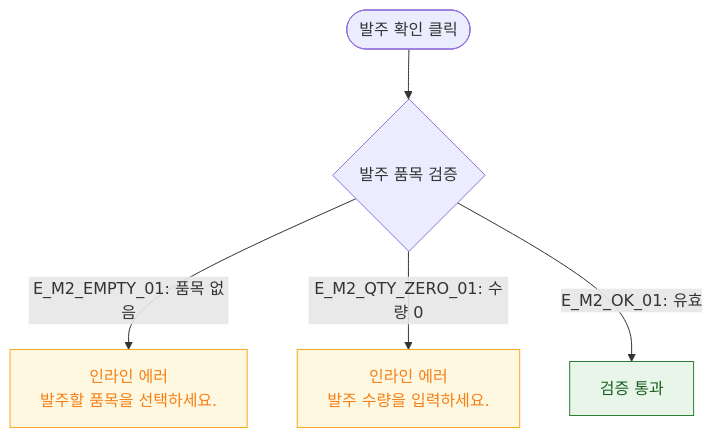
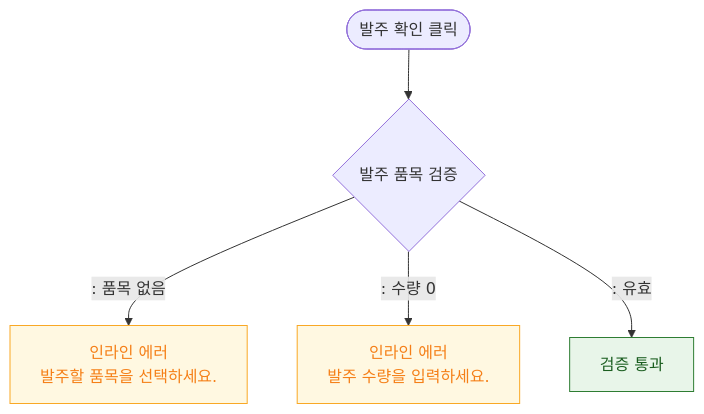
Before and after one commit to dev-spogym/admin-pando: the diagram in docs/다이어그램/D06_시설관리/DLG/DLG-057-003_발주생성/M2_필드검증.md, drawn with Mermaid. The commit also changed other lines of this file and 1660 other files, not shown here.

First line of the commit message:
다이어그램: 기획자/클라이언트 납품본으로 정리

````diff
--- a/docs/다이어그램/D06_시설관리/DLG/DLG-057-003_발주생성/M2_필드검증.md
+++ b/docs/다이어그램/D06_시설관리/DLG/DLG-057-003_발주생성/M2_필드검증.md
@@ -16,12 +14,12 @@
 ```mermaid
 flowchart TD
     SUBMIT([발주 확인 클릭]) --> V1{발주 품목 검증}
-    V1 -->|"E_M2_EMPTY_01: 품목 없음"| ErrEmpty[인라인 에러\n발주할 품목을 선택하세요.]
-    V1 -->|"E_M2_QTY_ZERO_01: 수량 0"| ErrQty[인라인 에러\n발주 수량을 입력하세요.]
-    V1 -->|"E_M2_OK_01: 유효"| PASS[검증 통과]
+    V1 -->|": 품목 없음"|ErrEmpty[인라인 에러\n발주할 품목을 선택하세요.]
+    V1 -->|": 수량 0"|ErrQty[인라인 에러\n발주 수량을 입력하세요.]
+    V1 -->|": 유효"|PASS[검증 통과]
 
     classDef warning fill:#FFF8E1,stroke:#F9A825,color:#F57F17
     classDef success fill:#E8F5E9,stroke:#2E7D32,color:#1B5E20
     class ErrEmpty,ErrQty warning
     class PASS success
 ```
````
